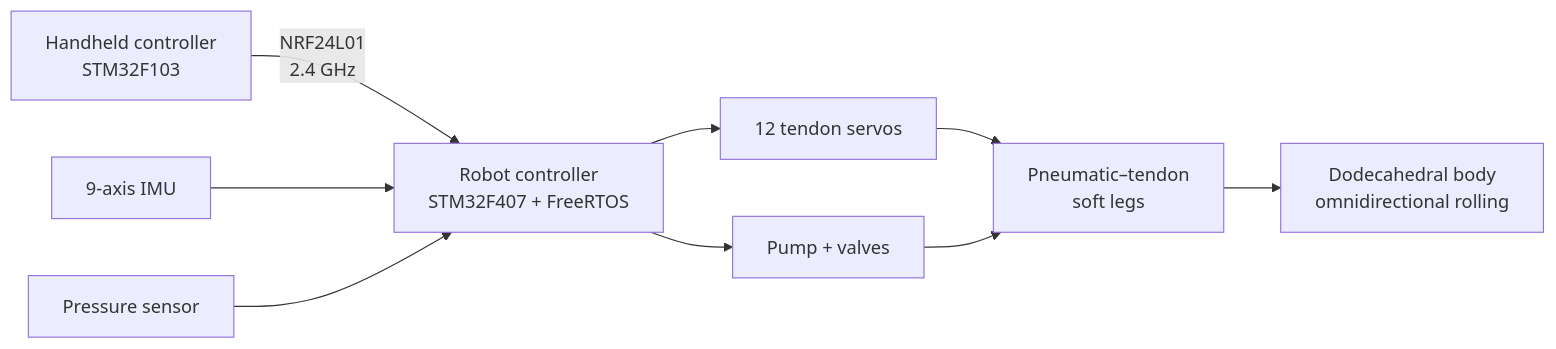
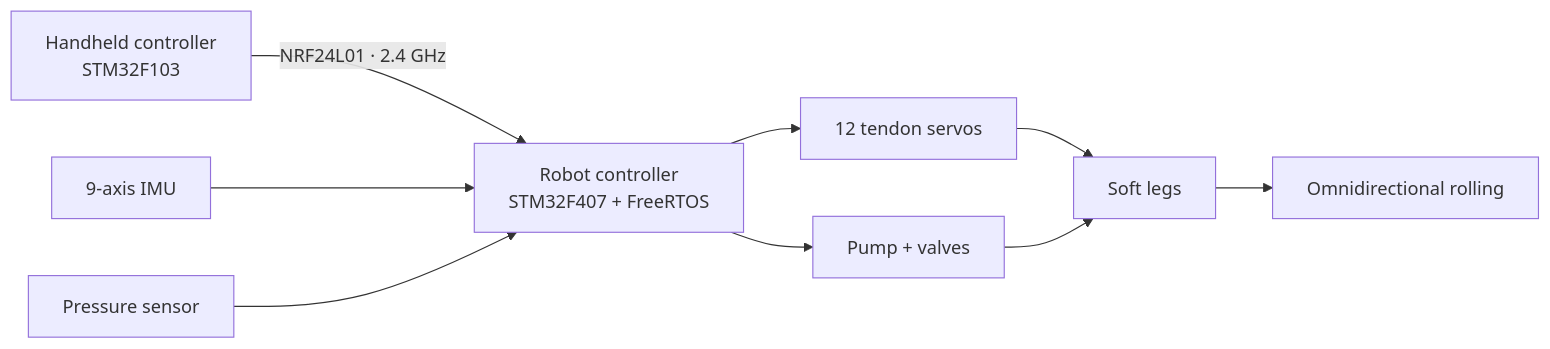
Before and after one commit to Yufeng1216/Rolling_Robot: the diagram in README.md, drawn with Mermaid. The commit also changed other lines of this file and 1703 other files, not shown here.

````diff
--- a/README.md
+++ b/README.md
@@ -36,11 +47,11 @@
 ```mermaid
 flowchart LR
-    C[Handheld controller<br/>STM32F103] -->|NRF24L01<br/>2.4 GHz| R[Robot controller<br/>STM32F407 + FreeRTOS]
+    C[Handheld controller<br/>STM32F103] -->|NRF24L01 · 2.4 GHz| R[Robot controller<br/>STM32F407 + FreeRTOS]
     I[9-axis IMU] --> R
     P[Pressure sensor] --> R
     R --> S[12 tendon servos]
     R --> A[Pump + valves]
-    S --> L[Pneumatic–tendon<br/>soft legs]
+    S --> L[Soft legs]
     A --> L
-    L --> M[Dodecahedral body<br/>omnidirectional rolling]
+    L --> M[Omnidirectional rolling]
 ```
````
